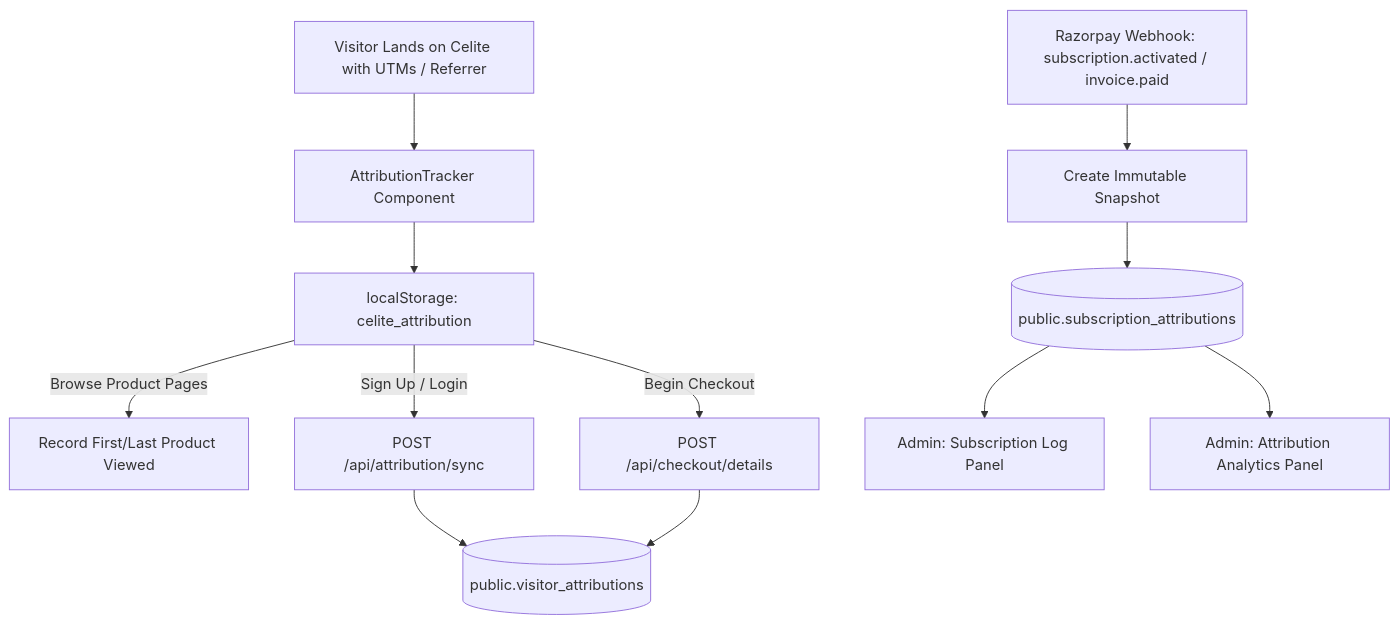
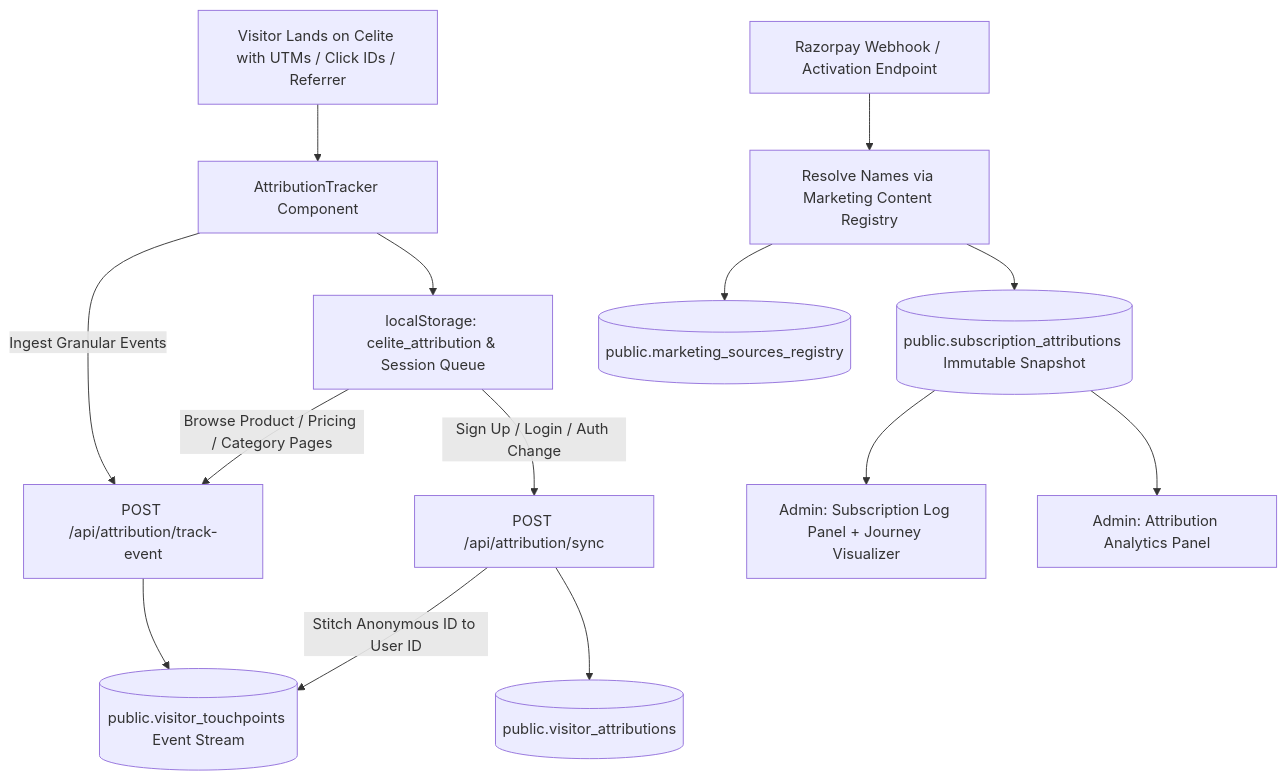
Before and after one commit to chaplinsiva/celite: the diagram in docs/features/subscription-attribution-analytics.md, drawn with Mermaid. The commit also changed other lines of this file and 30 other files, not shown here.

Commit message:
feat: universal marketing attribution, customer journey tracking, and live traffic logs dashboard

````diff
--- a/docs/features/subscription-attribution-analytics.md
+++ b/docs/features/subscription-attribution-analytics.md
@@ -24,14 +31,16 @@
 ```mermaid
 flowchart TD
-    A[Visitor Lands on Celite with UTMs / Referrer] --> B[AttributionTracker Component]
-    B --> C[localStorage: celite_attribution]
-    C -->|Browse Product Pages| D[Record First/Last Product Viewed]
-    C -->|Sign Up / Login| E[POST /api/attribution/sync]
-    E --> F[(public.visitor_attributions)]
-    C -->|Begin Checkout| G[POST /api/checkout/details]
-    G --> F
-    H[Razorpay Webhook: subscription.activated / invoice.paid] --> I[Create Immutable Snapshot]
-    I --> J[(public.subscription_attributions)]
-    J --> K[Admin: Subscription Log Panel]
+    A[Visitor Lands on Celite with UTMs / Click IDs / Referrer] --> B[AttributionTracker Component]
+    B --> C[localStorage: celite_attribution & Session Queue]
+    B -->|Ingest Granular Events| D[POST /api/attribution/track-event]
+    D --> E[(public.visitor_touchpoints Event Stream)]
+    C -->|Browse Product / Pricing / Category Pages| D
+    C -->|Sign Up / Login / Auth Change| F[POST /api/attribution/sync]
+    F --> G[(public.visitor_attributions)]
+    F -->|Stitch Anonymous ID to User ID| E
+    H[Razorpay Webhook / Activation Endpoint] --> I[Resolve Names via Marketing Content Registry]
+    I --> J[(public.subscription_attributions Immutable Snapshot)]
+    J --> K[Admin: Subscription Log Panel + Journey Visualizer]
     J --> L[Admin: Attribution Analytics Panel]
+    I --> M[(public.marketing_sources_registry)]
 ```
````
